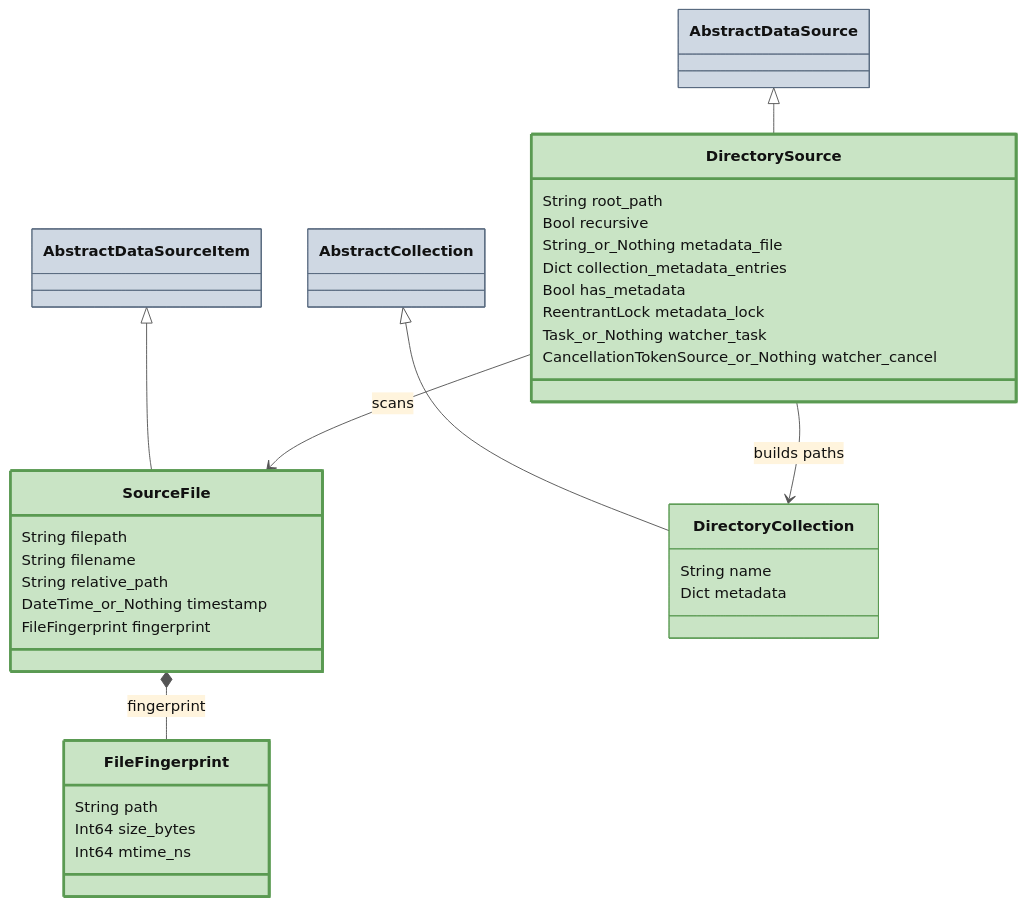
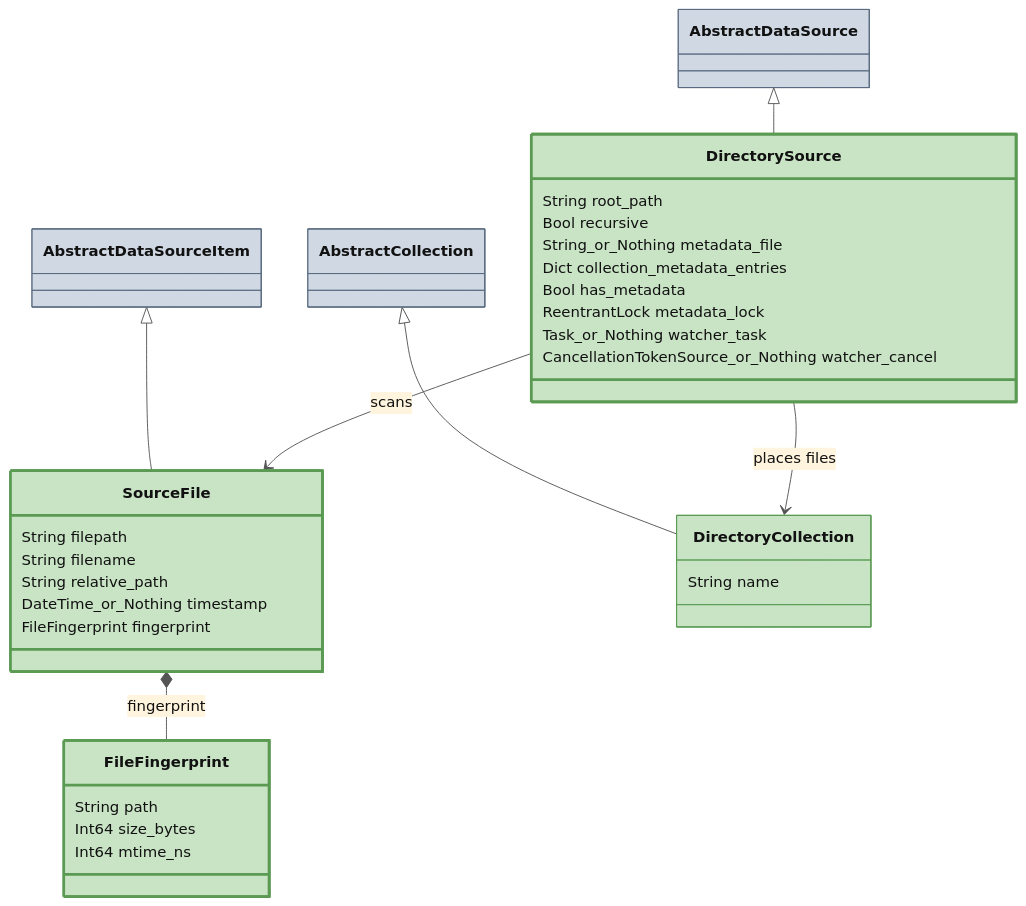
The fourth of 5 diagrams in docs/ARCHITECTURE.md (digiefel/DataBrowser), drawn with Mermaid before and after one commit. The commit also changed other lines of this file and 5 other files, not shown here.

First line of the commit message:
Place items with collection(source_item) and give source metadata with metadata(source, collections)

````diff
--- a/docs/ARCHITECTURE.md
+++ b/docs/ARCHITECTURE.md
@@ -241,50 +241,49 @@
 ```mermaid
 %%{init: {'theme':'base','themeVariables':{'textColor':'#111','lineColor':'#555'}}}%%
 classDiagram
     direction TB
     class AbstractDataSource
     class AbstractDataSourceItem
     class AbstractCollection
 
     class DirectorySource {
         String root_path
         Bool recursive
         String_or_Nothing metadata_file
         Dict collection_metadata_entries
         Bool has_metadata
         ReentrantLock metadata_lock
         Task_or_Nothing watcher_task
         CancellationTokenSource_or_Nothing watcher_cancel
     }
     class SourceFile {
         String filepath
         String filename
         String relative_path
         DateTime_or_Nothing timestamp
         FileFingerprint fingerprint
     }
     class FileFingerprint {
         String path
         Int64 size_bytes
         Int64 mtime_ns
     }
     class DirectoryCollection {
         String name
-        Dict metadata
     }
 
     AbstractDataSource <|-- DirectorySource
     AbstractDataSourceItem <|-- SourceFile
     AbstractCollection <|-- DirectoryCollection
     DirectorySource --> SourceFile : scans
-    DirectorySource --> DirectoryCollection : builds paths
+    DirectorySource --> DirectoryCollection : places files
     SourceFile *-- FileFingerprint : fingerprint
 
     style AbstractDataSource fill:#cfd8e3,stroke:#5a6b80,stroke-width:1px,color:#111
     style AbstractDataSourceItem fill:#cfd8e3,stroke:#5a6b80,stroke-width:1px,color:#111
     style AbstractCollection fill:#cfd8e3,stroke:#5a6b80,stroke-width:1px,color:#111
     style DirectorySource fill:#c9e4c5,stroke:#5a9a52,stroke-width:3px,color:#111
     style SourceFile fill:#c9e4c5,stroke:#5a9a52,stroke-width:3px,color:#111
     style FileFingerprint fill:#c9e4c5,stroke:#5a9a52,stroke-width:3px,color:#111
     style DirectoryCollection fill:#c9e4c5,stroke:#5a9a52,stroke-width:1px,color:#111
 ```
````
